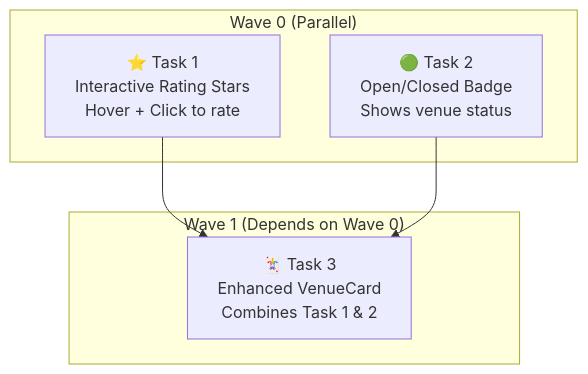
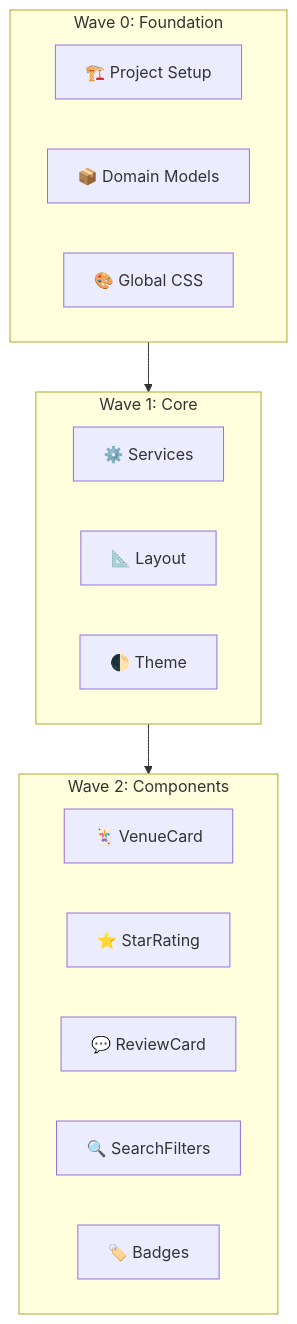
Before and after one commit to lenvolk/simplepetapp: the fourth of 5 diagrams in README.md, drawn with Mermaid. The commit also changed other lines of this file and 7 other files, not shown here.

````diff
--- a/README.md
+++ b/README.md
@@ -272,14 +263,24 @@
 ```mermaid
 flowchart TB
-    subgraph WAVE0 ["Wave 0 (Parallel)"]
-        T1["⭐ Task 1<br/>Interactive Rating Stars<br/>Hover + Click to rate"]
-        T2["🟢 Task 2<br/>Open/Closed Badge<br/>Shows venue status"]
+    subgraph WAVE0 ["Wave 0: Foundation"]
+        T1["🏗️ Project Setup"]
+        T2["📦 Domain Models"]
+        T3["🎨 Global CSS"]
     end
     
-    subgraph WAVE1 ["Wave 1 (Depends on Wave 0)"]
-        T3["🃏 Task 3<br/>Enhanced VenueCard<br/>Combines Task 1 & 2"]
+    subgraph WAVE1 ["Wave 1: Core"]
+        T4["⚙️ Services"]
+        T5["📐 Layout"]
+        T6["🌓 Theme"]
     end
     
-    T1 --> T3
-    T2 --> T3
+    subgraph WAVE2 ["Wave 2: Components"]
+        T7["🃏 VenueCard"]
+        T8["⭐ StarRating"]
+        T9["💬 ReviewCard"]
+        T10["🔍 SearchFilters"]
+        T11["🏷️ Badges"]
+    end
+    
+    WAVE0 --> WAVE1 --> WAVE2
 ```
````
